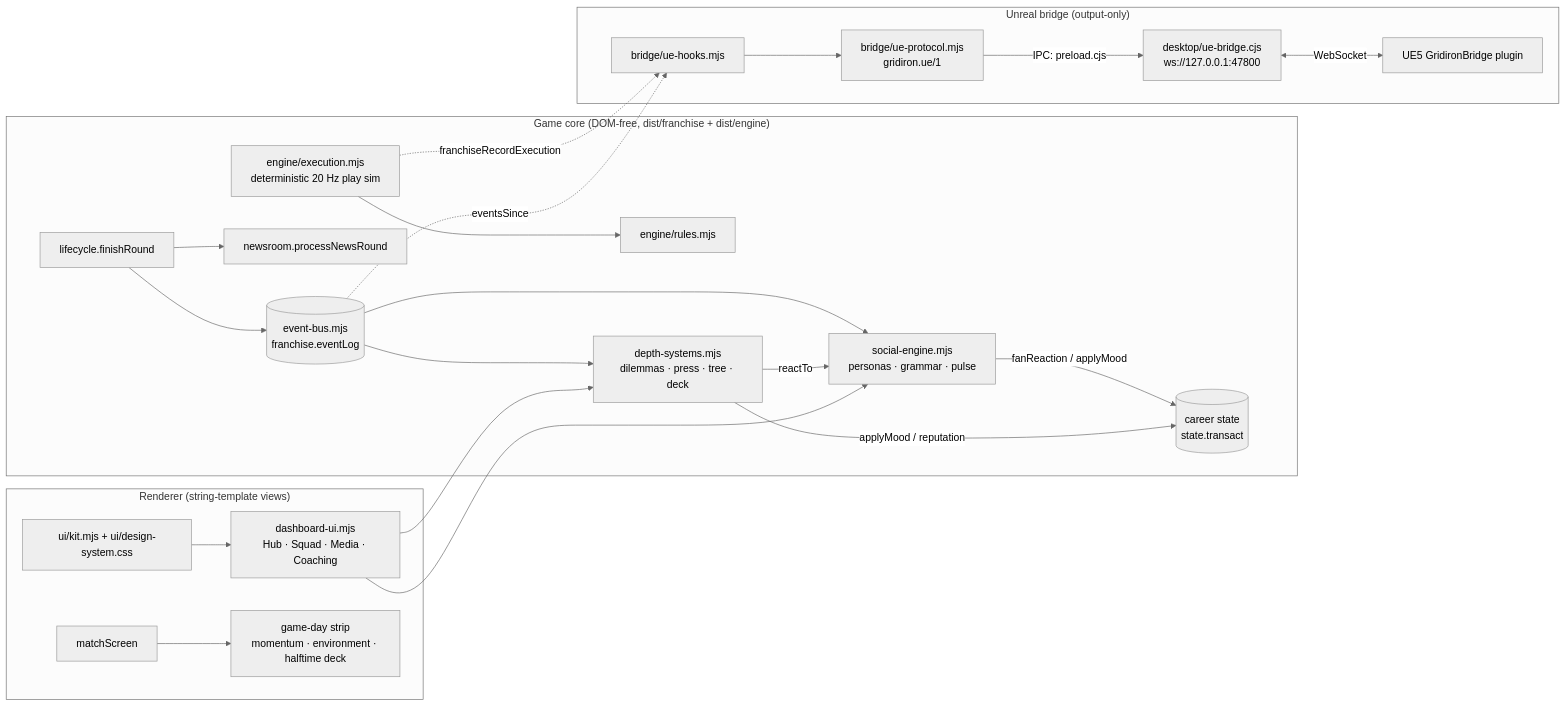
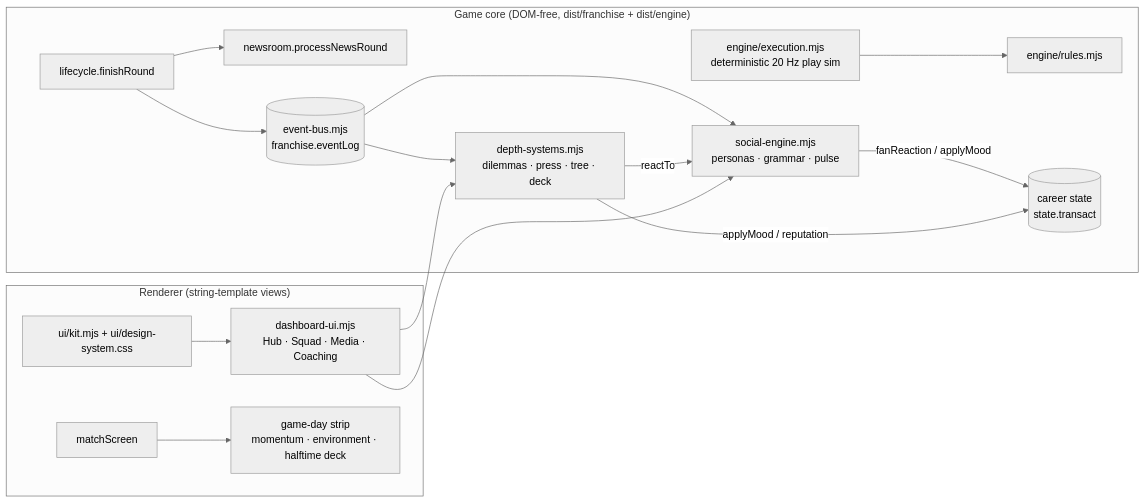
Before and after one commit to Axm2770/Gridiron: the diagram in docs/overhaul-architecture.md, drawn with Mermaid (neutral theme). The commit also changed other lines of this file and 75 other files, not shown here.

````diff
--- a/docs/overhaul-architecture.md
+++ b/docs/overhaul-architecture.md
@@ -7,26 +7,19 @@
 ```mermaid
 flowchart LR
   subgraph Core["Game core (DOM-free, dist/franchise + dist/engine)"]
     EXE[engine/execution.mjs<br/>deterministic 20 Hz play sim] --> RULES[engine/rules.mjs]
     LIFE[lifecycle.finishRound] --> NEWS[newsroom.processNewsRound]
     LIFE --> BUS[(event-bus.mjs<br/>franchise.eventLog)]
     BUS --> SOC[social-engine.mjs<br/>personas · grammar · pulse]
     BUS --> DEPTH[depth-systems.mjs<br/>dilemmas · press · tree · deck]
     SOC -->|fanReaction / applyMood| STATE[(career state<br/>state.transact)]
     DEPTH -->|applyMood / reputation| STATE
     DEPTH -->|reactTo| SOC
   end
   subgraph UI["Renderer (string-template views)"]
     KIT[ui/kit.mjs + ui/design-system.css] --> HUB[dashboard-ui.mjs<br/>Hub · Squad · Media · Coaching]
     HUB --> DEPTH
     HUB --> SOC
     MATCH[matchScreen] --> STRIP[game-day strip<br/>momentum · environment · halftime deck]
   end
-  subgraph Bridge["Unreal bridge (output-only)"]
-    HOOKS[bridge/ue-hooks.mjs] --> PROTO[bridge/ue-protocol.mjs<br/>gridiron.ue/1]
-    PROTO -->|IPC: preload.cjs| MAIN[desktop/ue-bridge.cjs<br/>ws://127.0.0.1:47800]
-    MAIN <-->|WebSocket| UE[UE5 GridironBridge plugin]
-  end
-  EXE -. franchiseRecordExecution .-> HOOKS
-  BUS -. eventsSince .-> HOOKS
 ```
````
